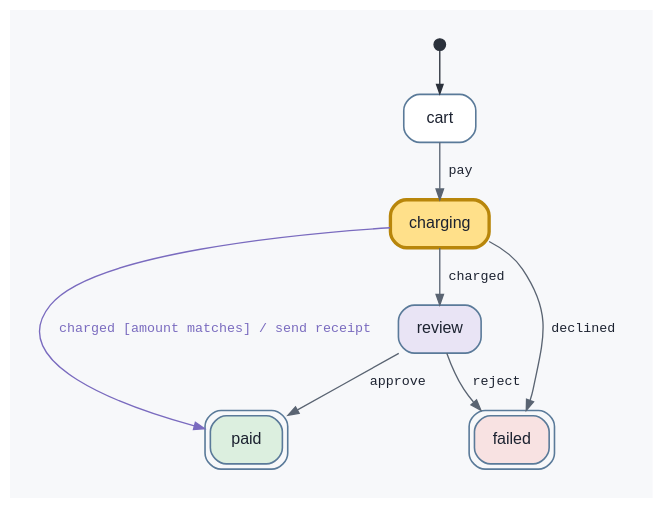
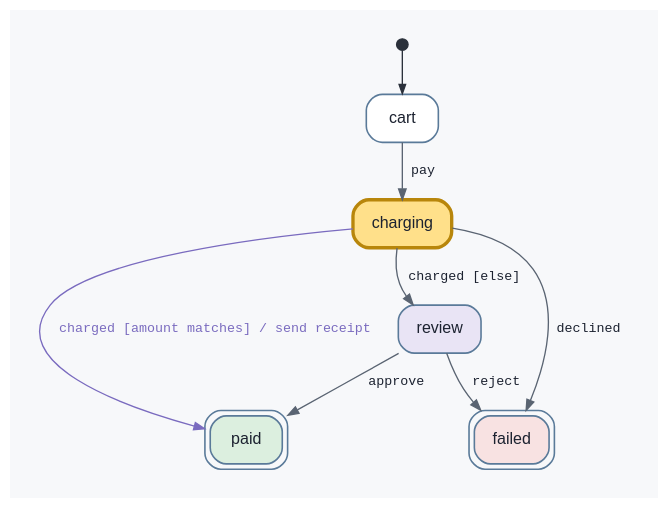
One commit to sheluchin/statechart-viz changed the diagram in doc/checkout.dot. Above: the diagram before and after it, drawn with Graphviz. The commit also changed 7 other files, not shown here.

```diff
--- a/doc/checkout.dot
+++ b/doc/checkout.dot
@@ -1,20 +1,20 @@
 digraph statechart {
   compound=true; newrank=true; rankdir=TB;
   bgcolor="#f7f8fa"; pad=0.3; nodesep=0.4; ranksep=0.45;
   fontname="Helvetica"; fontcolor="#1c2230";
   node [fontname="Helvetica" fontsize=12 fontcolor="#1c2230" margin="0.15,0.06"];
   edge [fontname="Courier" fontsize=10 arrowsize=0.8];
   "init_s0" [shape="point" width=0.12 color="#2b313b" fillcolor="#2b313b"];
   "s1" [color="#5a7a99" fillcolor="#ffffff" penwidth=1.2 style="rounded,filled" label="cart" id="state:checkout/cart" class="sv-state" shape="box"];
   "s2" [color="#b8860b" fillcolor="#ffe08a" penwidth=2.5 style="rounded,filled" label="charging" id="state:checkout/charging" class="sv-state" shape="box"];
   "s3" [color="#5a7a99" fillcolor="#e9e4f5" penwidth=1.2 style="rounded,filled" label="review" id="state:checkout/review" class="sv-state" shape="box"];
   "s4" [color="#5a7a99" fillcolor="#dcefdf" penwidth=1.2 style="rounded,filled" peripheries=2 label="paid" id="state:checkout/paid" class="sv-state" shape="box"];
   "s5" [color="#5a7a99" fillcolor="#f8e2e2" penwidth=1.2 style="rounded,filled" peripheries=2 label="failed" id="state:checkout/failed" class="sv-state" shape="box"];
   "init_s0" -> "s1" [color="#2b313b" arrowsize=0.7];
   "s1" -> "s2" [label=" pay " color="#5a6472" fontcolor="#1c2230"];
   "s2" -> "s4" [label=" charged [amount matches] / send receipt " color="#7a6bbf" fontcolor="#7a6bbf"];
-  "s2" -> "s3" [label=" charged " color="#5a6472" fontcolor="#1c2230"];
+  "s2" -> "s3" [label=" charged [else] " color="#5a6472" fontcolor="#1c2230"];
   "s2" -> "s5" [label=" declined " color="#5a6472" fontcolor="#1c2230"];
   "s3" -> "s4" [label=" approve " color="#5a6472" fontcolor="#1c2230"];
   "s3" -> "s5" [label=" reject " color="#5a6472" fontcolor="#1c2230"];
 }
```
